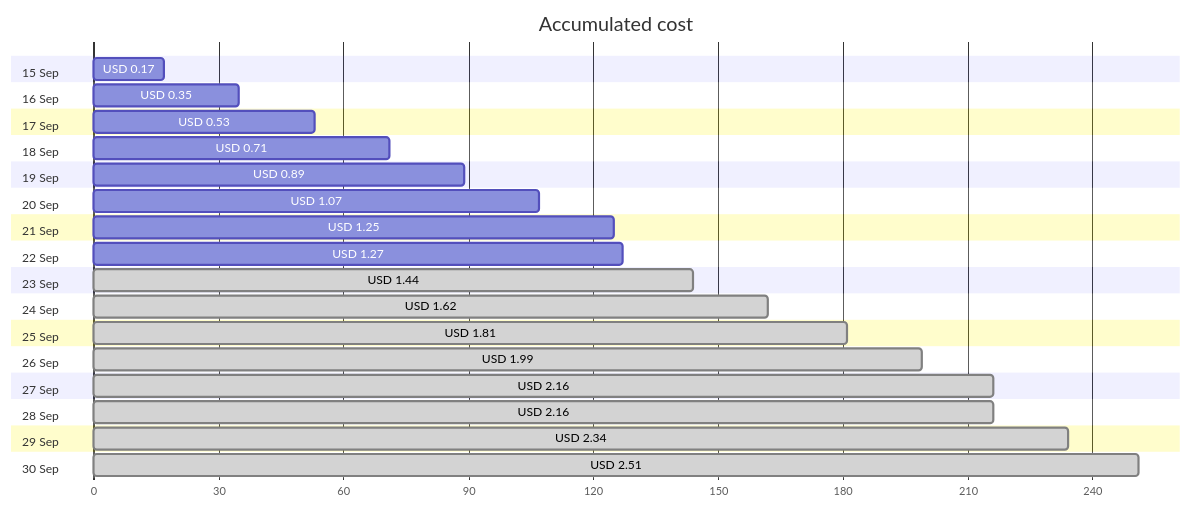
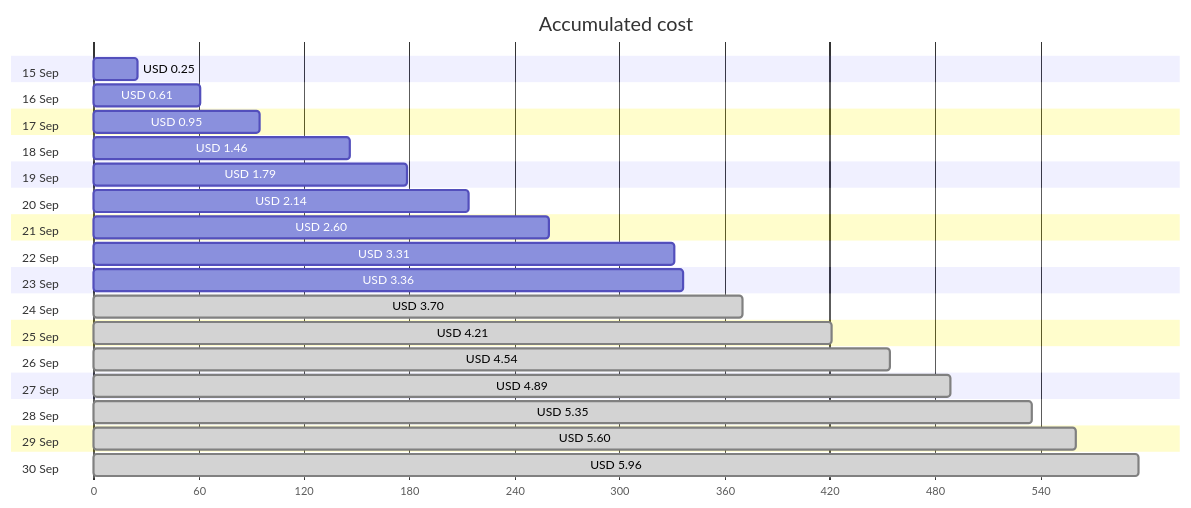
Before and after one commit to jpfulton/azure-personal-reports: the first of 4 diagrams in cost-reports/personal-network/vpn-server.md, drawn with Mermaid. The commit also changed other lines of this file and 9 other files, not shown here.

````diff
--- a/cost-reports/personal-network/vpn-server.md
+++ b/cost-reports/personal-network/vpn-server.md
@@ -20,38 +20,38 @@
 ```mermaid
 gantt
    title Accumulated cost
    dateFormat  X
    axisFormat %s
    section 15 Sep
-   USD 0.17 :0, 17
+   USD 0.25 :0, 25
    section 16 Sep
-   USD 0.35 :0, 35
+   USD 0.61 :0, 61
    section 17 Sep
-   USD 0.53 :0, 53
+   USD 0.95 :0, 95
    section 18 Sep
-   USD 0.71 :0, 71
+   USD 1.46 :0, 146
    section 19 Sep
-   USD 0.89 :0, 89
+   USD 1.79 :0, 179
    section 20 Sep
-   USD 1.07 :0, 107
+   USD 2.14 :0, 214
    section 21 Sep
-   USD 1.25 :0, 125
+   USD 2.60 :0, 260
    section 22 Sep
-   USD 1.27 :0, 127
+   USD 3.31 :0, 331
    section 23 Sep
-   USD 1.44 : done, 0, 144
+   USD 3.36 :0, 336
    section 24 Sep
-   USD 1.62 : done, 0, 162
+   USD 3.70 : done, 0, 370
    section 25 Sep
-   USD 1.81 : done, 0, 181
+   USD 4.21 : done, 0, 421
    section 26 Sep
-   USD 1.99 : done, 0, 199
+   USD 4.54 : done, 0, 454
    section 27 Sep
-   USD 2.16 : done, 0, 216
+   USD 4.89 : done, 0, 489
    section 28 Sep
-   USD 2.16 : done, 0, 216
+   USD 5.35 : done, 0, 535
    section 29 Sep
-   USD 2.34 : done, 0, 234
+   USD 5.60 : done, 0, 560
    section 30 Sep
-   USD 2.51 : done, 0, 251
+   USD 5.96 : done, 0, 596
 ```
````
